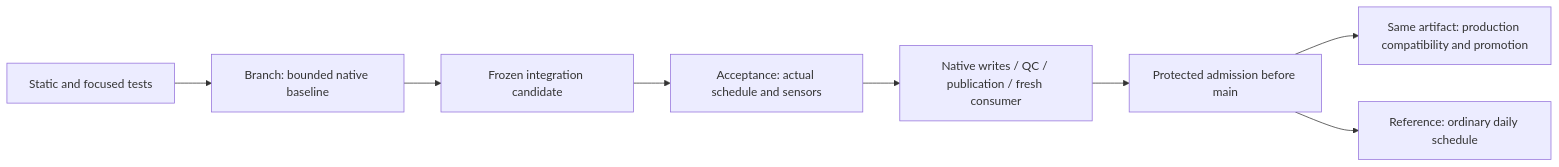
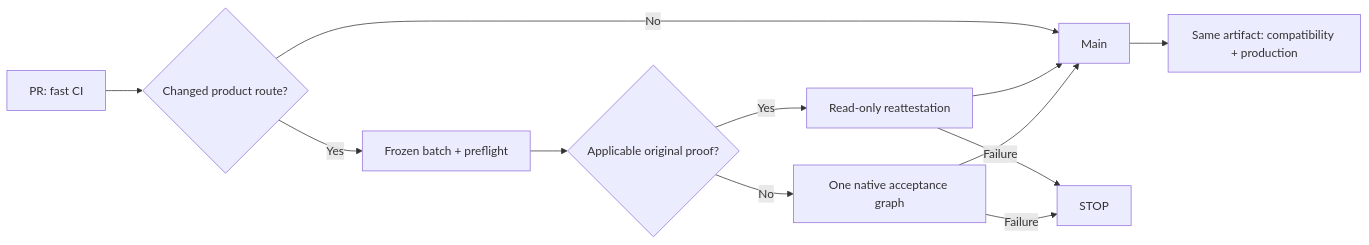
One commit to deusexrenovatio-arch/trading-advisor-3000 changed the diagram in docs/runbooks/app/guarded-staging.md. Above: the diagram before and after it, drawn with Mermaid. The commit also changed other lines of this file and 5 other files, not shown here.

First line of the commit message:
shell: simplify candidate acceptance to reuse or one native run

````diff
--- a/docs/runbooks/app/guarded-staging.md
+++ b/docs/runbooks/app/guarded-staging.md
@@ -5,10 +5,14 @@
 ```mermaid
 flowchart LR
-  L[Static and focused tests] --> B[Branch: bounded native baseline]
-  B --> C[Frozen integration candidate]
-  C --> A[Acceptance: actual schedule and sensors]
-  A --> R[Native writes / QC / publication / fresh consumer]
-  R --> M[Protected admission before main]
-  M --> P[Same artifact: production compatibility and promotion]
-  M --> F[Reference: ordinary daily schedule]
+  L[PR: fast CI] --> C{Changed product route?}
+  C -->|No| M[Main]
+  C -->|Yes| F[Frozen batch + preflight]
+  F --> E{Applicable original proof?}
+  E -->|Yes| R[Read-only reattestation]
+  E -->|No| A[One native acceptance graph]
+  R --> M
+  A --> M
+  M --> P[Same artifact: compatibility + production]
+  R -->|Failure| S[STOP]
+  A -->|Failure| S
 ```
````
